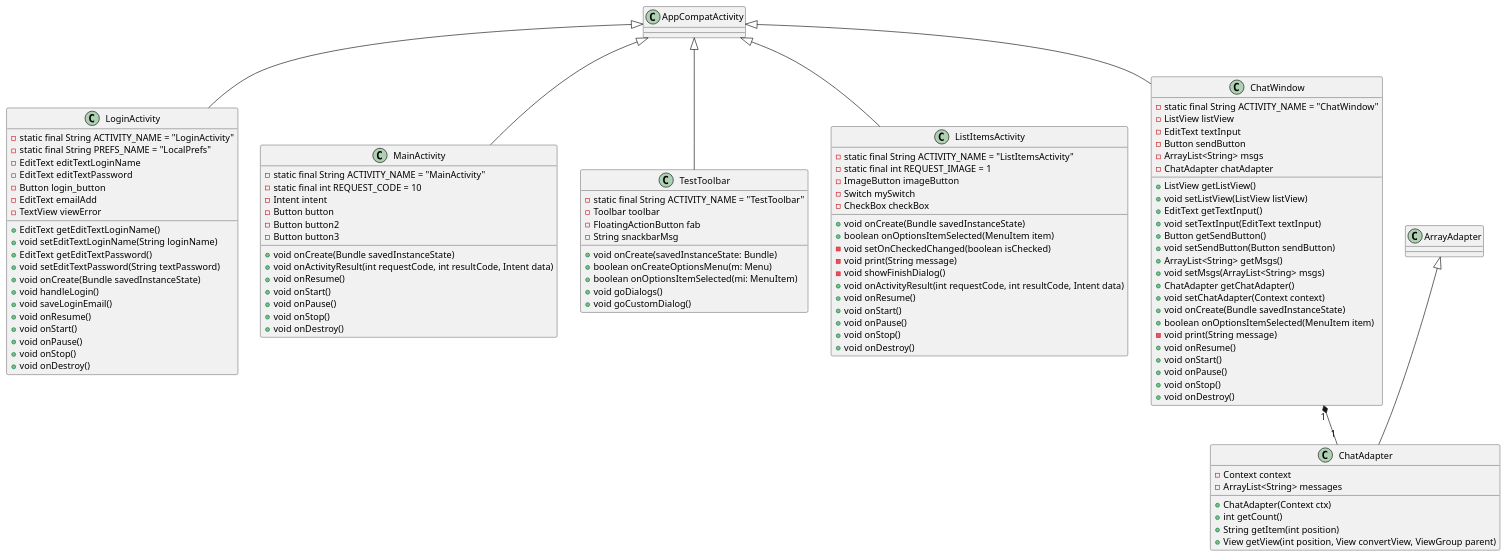
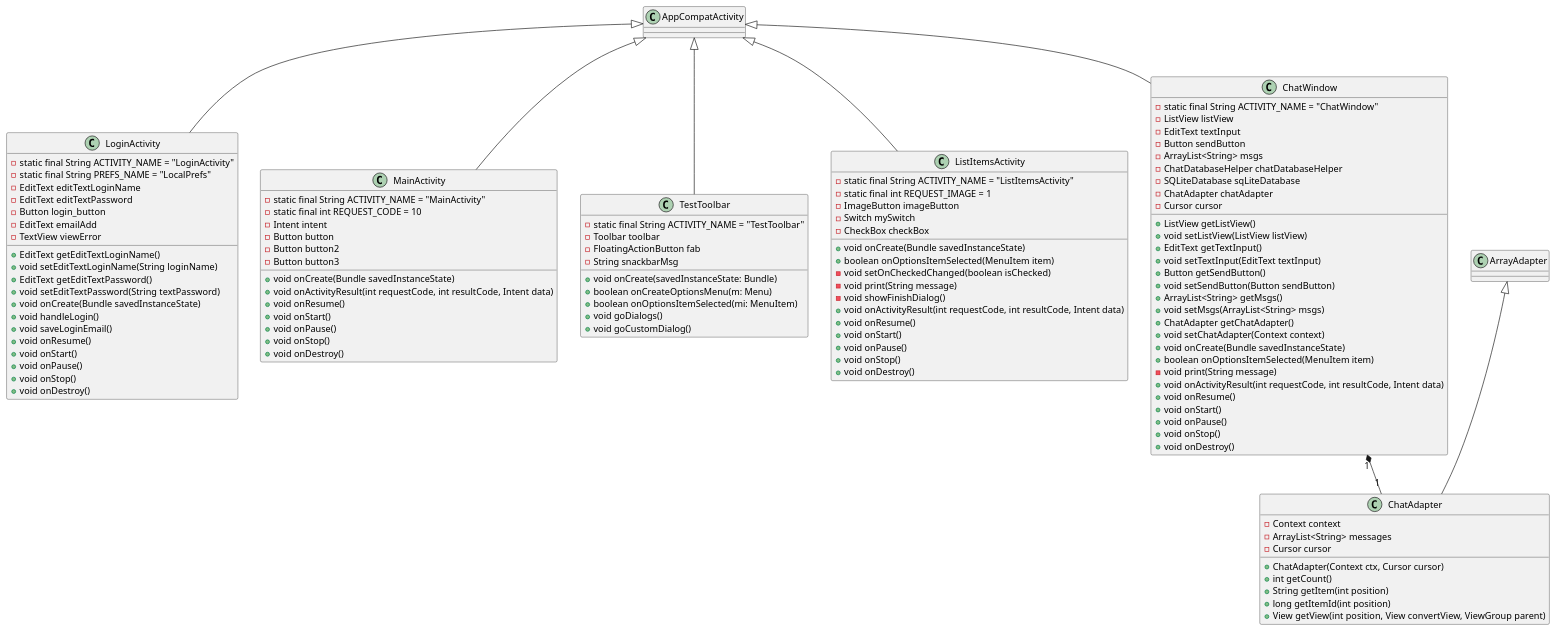
The diagram in app/src/main/java/com/example/myapplication/myappuml.puml (burgerman/MyAndroidApplication), drawn with PlantUML before and after one commit. The commit also changed 9 other files, not shown here.

```diff
--- a/app/src/main/java/com/example/myapplication/myappuml.puml
+++ b/app/src/main/java/com/example/myapplication/myappuml.puml
@@ -1,113 +1,118 @@
 @startuml
 class LoginActivity extends AppCompatActivity {
     - static final String ACTIVITY_NAME = "LoginActivity"
     - static final String PREFS_NAME = "LocalPrefs"
     - EditText editTextLoginName
     - EditText editTextPassword
     - Button login_button
     - EditText emailAdd
     - TextView viewError
 
     + EditText getEditTextLoginName()
     + void setEditTextLoginName(String loginName)
     + EditText getEditTextPassword()
     + void setEditTextPassword(String textPassword)
     + void onCreate(Bundle savedInstanceState)
     + void handleLogin()
     + void saveLoginEmail()
     + void onResume()
     + void onStart()
     + void onPause()
     + void onStop()
     + void onDestroy()
 }
 
 class MainActivity extends AppCompatActivity {
     - static final String ACTIVITY_NAME = "MainActivity"
     - static final int REQUEST_CODE = 10
     - Intent intent
     - Button button
     - Button button2
     - Button button3
 
     + void onCreate(Bundle savedInstanceState)
     + void onActivityResult(int requestCode, int resultCode, Intent data)
     + void onResume()
     + void onStart()
     + void onPause()
     + void onStop()
     + void onDestroy()
 }
 
 class TestToolbar extends AppCompatActivity {
     - static final String ACTIVITY_NAME = "TestToolbar"
     - Toolbar toolbar
     - FloatingActionButton fab
     - String snackbarMsg
     + void onCreate(savedInstanceState: Bundle)
     + boolean onCreateOptionsMenu(m: Menu)
     + boolean onOptionsItemSelected(mi: MenuItem)
     + void goDialogs()
     + void goCustomDialog()
 }
 
 class ListItemsActivity extends AppCompatActivity {
     - static final String ACTIVITY_NAME = "ListItemsActivity"
     - static final int REQUEST_IMAGE = 1
     - ImageButton imageButton
     - Switch mySwitch
     - CheckBox checkBox
 
     + void onCreate(Bundle savedInstanceState)
     + boolean onOptionsItemSelected(MenuItem item)
     - void setOnCheckedChanged(boolean isChecked)
     - void print(String message)
     - void showFinishDialog()
     + void onActivityResult(int requestCode, int resultCode, Intent data)
     + void onResume()
     + void onStart()
     + void onPause()
     + void onStop()
     + void onDestroy()
 }
 
 class ChatWindow extends AppCompatActivity {
     - static final String ACTIVITY_NAME = "ChatWindow"
     - ListView listView
     - EditText textInput
     - Button sendButton
     - ArrayList<String> msgs
+    - ChatDatabaseHelper chatDatabaseHelper
+    - SQLiteDatabase sqLiteDatabase
     - ChatAdapter chatAdapter
+    - Cursor cursor
 
     + ListView getListView()
     + void setListView(ListView listView)
     + EditText getTextInput()
     + void setTextInput(EditText textInput)
     + Button getSendButton()
     + void setSendButton(Button sendButton)
     + ArrayList<String> getMsgs()
     + void setMsgs(ArrayList<String> msgs)
     + ChatAdapter getChatAdapter()
     + void setChatAdapter(Context context)
     + void onCreate(Bundle savedInstanceState)
     + boolean onOptionsItemSelected(MenuItem item)
     - void print(String message)
+    + void onActivityResult(int requestCode, int resultCode, Intent data)
     + void onResume()
     + void onStart()
     + void onPause()
     + void onStop()
     + void onDestroy()
 }
 
 class ChatAdapter extends ArrayAdapter<String> {
     - Context context
     - ArrayList<String> messages
-
-    + ChatAdapter(Context ctx)
+    - Cursor cursor
+    + ChatAdapter(Context ctx, Cursor cursor)
     + int getCount()
     + String getItem(int position)
+    + long getItemId(int position)
     + View getView(int position, View convertView, ViewGroup parent)
 }
 
 ChatWindow "1" *-- "1" ChatAdapter
 @enduml
```
